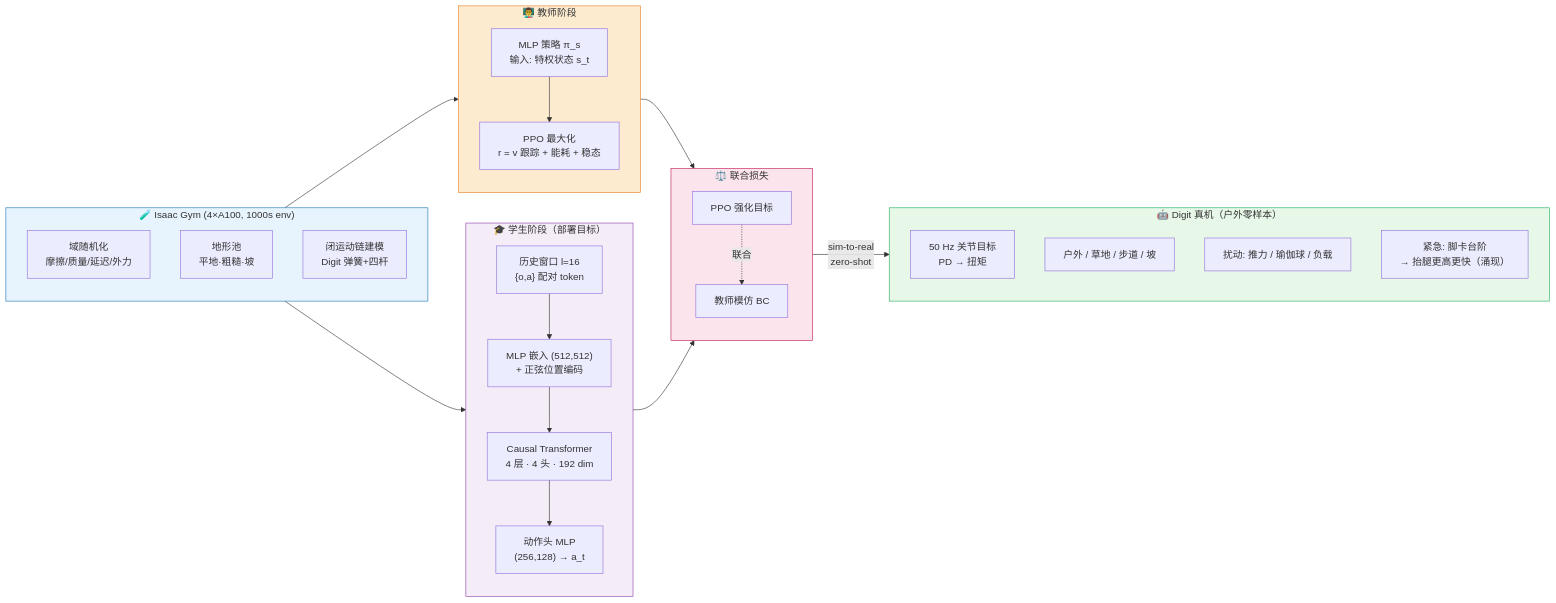
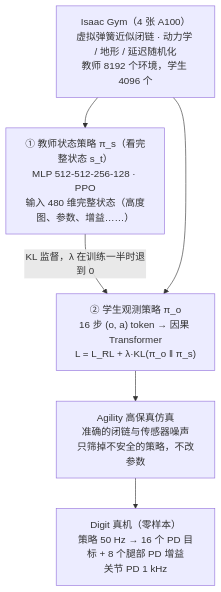
The diagram in papers/03_High_Impact_Selection/Real-World_Humanoid_Locomotion_with_RL/Real-World_Humanoid_Locomotion_with_RL.md (ImChong/Robot_Learning_Paper_Notebooks), drawn with Mermaid before and after one commit. The commit also changed other lines of this file and 11 other files, not shown here.

```diff
--- a/papers/03_High_Impact_Selection/Real-World_Humanoid_Locomotion_with_RL/Real-World_Humanoid_Locomotion_with_RL.md
+++ b/papers/03_High_Impact_Selection/Real-World_Humanoid_Locomotion_with_RL/Real-World_Humanoid_Locomotion_with_RL.md
@@ -112,47 +112,8 @@
 <div class="mermaid">
-flowchart LR
-    subgraph SIM["🧪 Isaac Gym (4×A100, 1000s env)"]
-        S1["域随机化<br/>摩擦/质量/延迟/外力"]
-        S2["地形池<br/>平地·粗糙·坡"]
-        S3["闭运动链建模<br/>Digit 弹簧+四杆"]
-    end
-
-    subgraph TEACHER["👨‍🏫 教师阶段"]
-        T1["MLP 策略 π_s<br/>输入: 特权状态 s_t"]
-        T2["PPO 最大化<br/>r = v 跟踪 + 能耗 + 稳态"]
-        T1 --> T2
-    end
-
-    subgraph STUDENT["🎓 学生阶段（部署目标）"]
-        ST1["历史窗口 l=16<br/>{o,a} 配对 token"]
-        ST2["MLP 嵌入 (512,512)<br/>+ 正弦位置编码"]
-        ST3["Causal Transformer<br/>4 层 · 4 头 · 192 dim"]
-        ST4["动作头 MLP<br/>(256,128) → a_t"]
-        ST1 --> ST2 --> ST3 --> ST4
-    end
-
-    subgraph LOSS["⚖️ 联合损失"]
-        L1["PPO 强化目标"]
-        L2["教师模仿 BC"]
-        L1 -.联合.-> L2
-    end
-
-    subgraph REAL["🤖 Digit 真机（户外零样本）"]
-        R1["50 Hz 关节目标<br/>PD → 扭矩"]
-        R2["户外 / 草地 / 步道 / 坡"]
-        R3["扰动: 推力 / 瑜伽球 / 负载"]
-        R4["紧急: 脚卡台阶<br/>→ 抬腿更高更快（涌现）"]
-    end
-
-    SIM --> TEACHER
-    SIM --> STUDENT
-    TEACHER --> LOSS
-    STUDENT --> LOSS
-    LOSS -->|sim-to-real<br/>zero-shot| REAL
-
-    style SIM fill:#e8f4fd,stroke:#1f78b4
-    style TEACHER fill:#fdebd0,stroke:#e67e22
-    style STUDENT fill:#f4ecf7,stroke:#8e44ad
-    style LOSS fill:#fce4ec,stroke:#c2185b
-    style REAL fill:#e8f8e8,stroke:#27ae60
+flowchart TB
+    Sim["Isaac Gym（4 张 A100）<br/>虚拟弹簧近似闭链 · 动力学 / 地形 / 延迟随机化<br/>教师 8192 个环境，学生 4096 个"] --> Teacher["① 教师状态策略 π_s（看完整状态 s_t）<br/>MLP 512-512-256-128 · PPO<br/>输入 480 维完整状态（高度图、参数、增益……）"]
+    Teacher -->|"KL 监督，λ 在训练一半时退到 0"| Student["② 学生观测策略 π_o<br/>16 步 (o, a) token → 因果 Transformer<br/>L = L_RL + λ·KL(π_o ‖ π_s)"]
+    Sim --> Student
+    Student --> Agility["Agility 高保真仿真<br/>准确的闭链与传感器噪声<br/>只筛掉不安全的策略，不改参数"]
+    Agility --> Real["Digit 真机（零样本）<br/>策略 50 Hz → 16 个 PD 目标 + 8 个腿部 PD 增益<br/>关节 PD 1 kHz"]
 </div>
```
